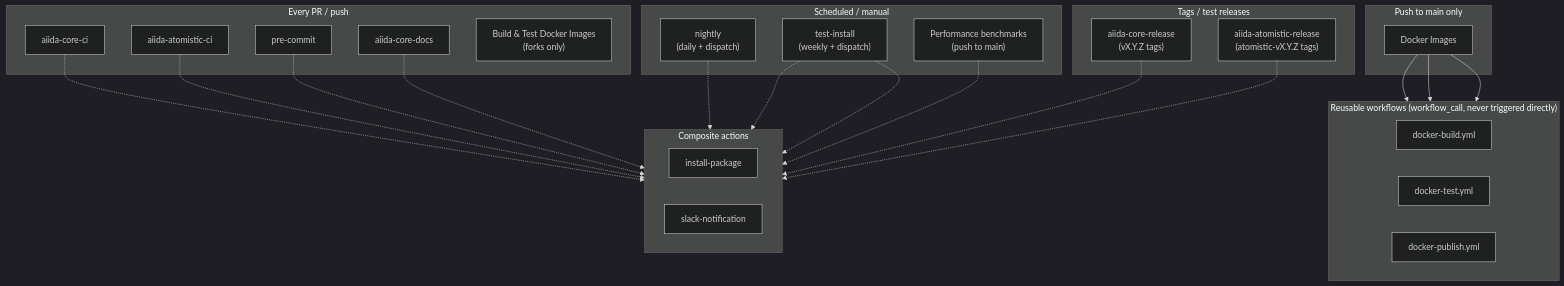
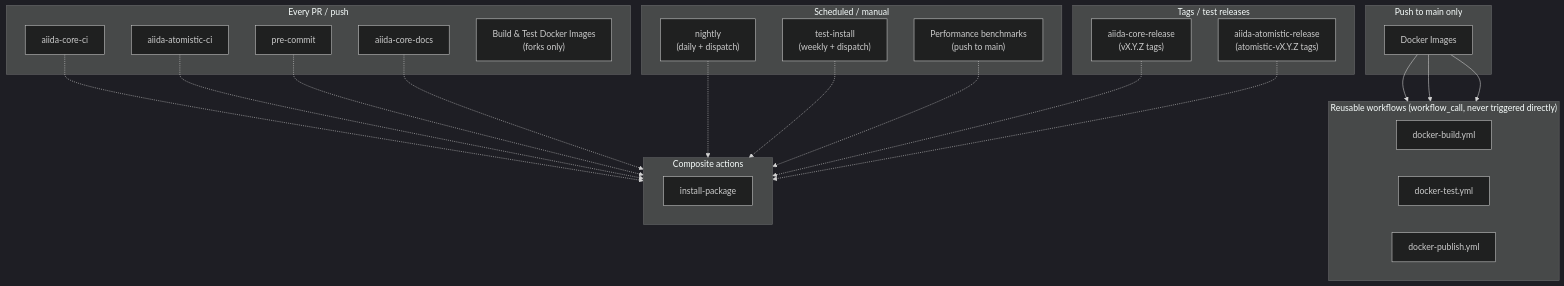
The first of 5 diagrams in .github/workflows/README.md (agoscinski/aiida-core), drawn with Mermaid (dark theme) before and after one commit. The commit also changed other lines of this file and 125 other files, not shown here.

````diff
--- a/.github/workflows/README.md
+++ b/.github/workflows/README.md
@@ -18,53 +17,51 @@
 ```mermaid
 flowchart TB
     subgraph everyday["Every PR / push"]
         CICODE["aiida-core-ci"]
         CIATOM["aiida-atomistic-ci"]
         PRECOMMIT["pre-commit"]
         DOCS["aiida-core-docs"]
         DOCKERFORK["Build & Test Docker Images<br/>(forks only)"]
     end
 
     subgraph scheduled["Scheduled / manual"]
         NIGHTLY["nightly<br/>(daily + dispatch)"]
         TESTINSTALL["test-install<br/>(weekly + dispatch)"]
         BENCH["Performance benchmarks<br/>(push to main)"]
     end
 
     subgraph mainline["Push to main only"]
         DOCKER["Docker Images"]
     end
 
     subgraph tags["Tags / test releases"]
         RELEASE["aiida-core-release<br/>(vX.Y.Z tags)"]
         RELEASEATOM["aiida-atomistic-release<br/>(atomistic-vX.Y.Z tags)"]
     end
 
     subgraph reusable["Reusable workflows (workflow_call, never triggered directly)"]
         direction LR
         DBUILD["docker-build.yml"]
         DTEST["docker-test.yml"]
         DPUB["docker-publish.yml"]
     end
 
     subgraph actions["Composite actions"]
         direction LR
         INSTALL["install-package"]
-        SLACK["slack-notification"]
     end
 
     DOCKER --> DBUILD
     DOCKER --> DTEST
     DOCKER --> DPUB
 
     CICODE -.-> INSTALL
     CIATOM -.-> INSTALL
     PRECOMMIT -.-> INSTALL
     DOCS -.-> INSTALL
     NIGHTLY -.-> INSTALL
     TESTINSTALL -.-> INSTALL
     BENCH -.-> INSTALL
     RELEASE -.-> INSTALL
     RELEASEATOM -.-> INSTALL
-    TESTINSTALL -.-> SLACK
 ```
````
